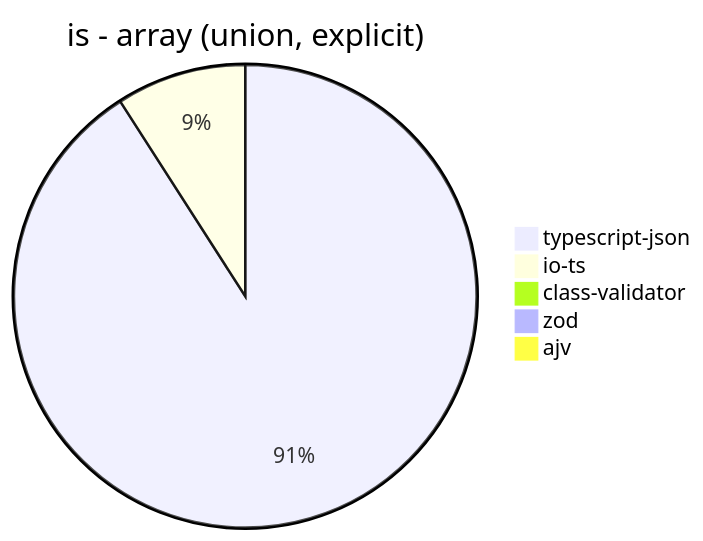
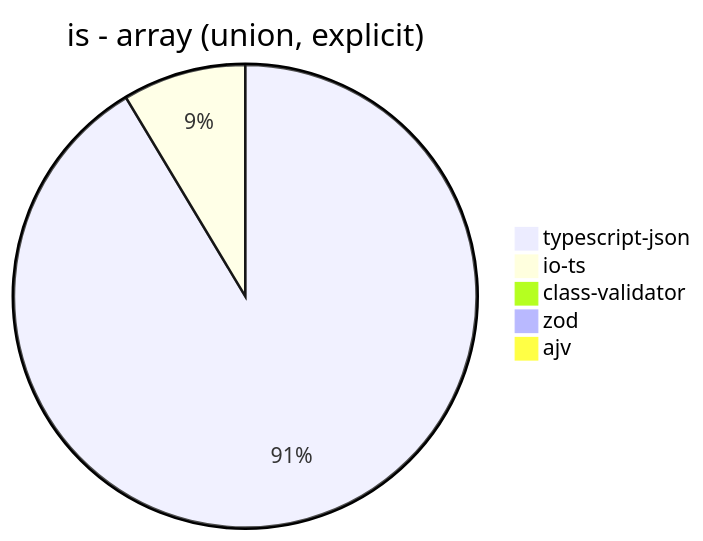
The sixth of 40 diagrams in benchmark/results/AMD Ryzen 7 5800H with Radeon Graphics.md (samchon/typia), drawn with Mermaid before and after one commit. The commit also changed other lines of this file and 4 other files, not shown here.

````diff
--- a/benchmark/results/AMD Ryzen 7 5800H with Radeon Graphics.md
+++ b/benchmark/results/AMD Ryzen 7 5800H with Radeon Graphics.md
@@ -71,8 +71,8 @@
 ```mermaid
 pie title is - array (union, explicit)
-  "typescript-json": 3961.9899385131357
-  "io-ts": 395.55052790346906
-  "class-validator": 6.884057971014493
-  "zod": 2.8232636928289105
+  "typescript-json": 4047.1213788045475
+  "io-ts": 381.12391930835736
+  "class-validator": 7.293809612867028
+  "zod": 2.822201317027281
   "ajv": 0
 ```
````
